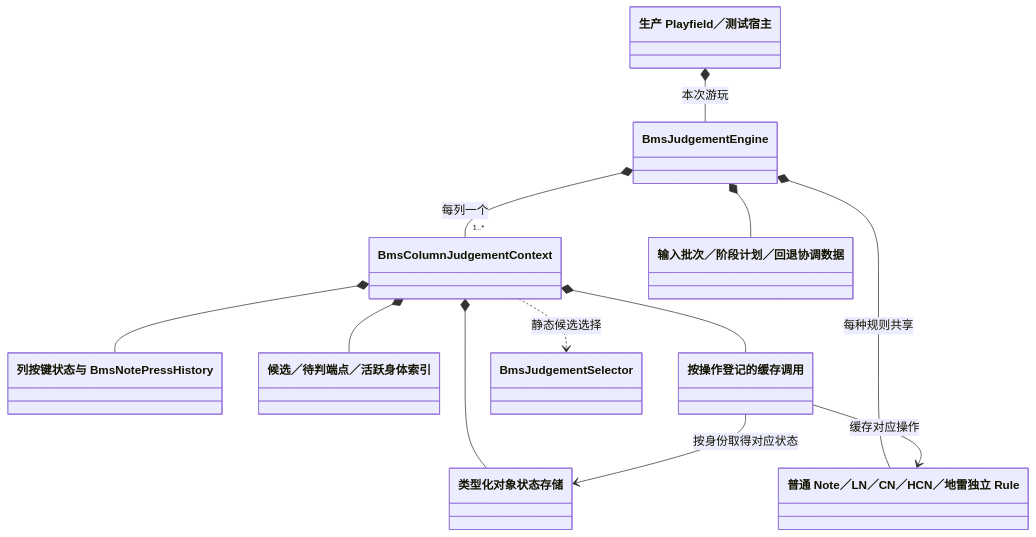
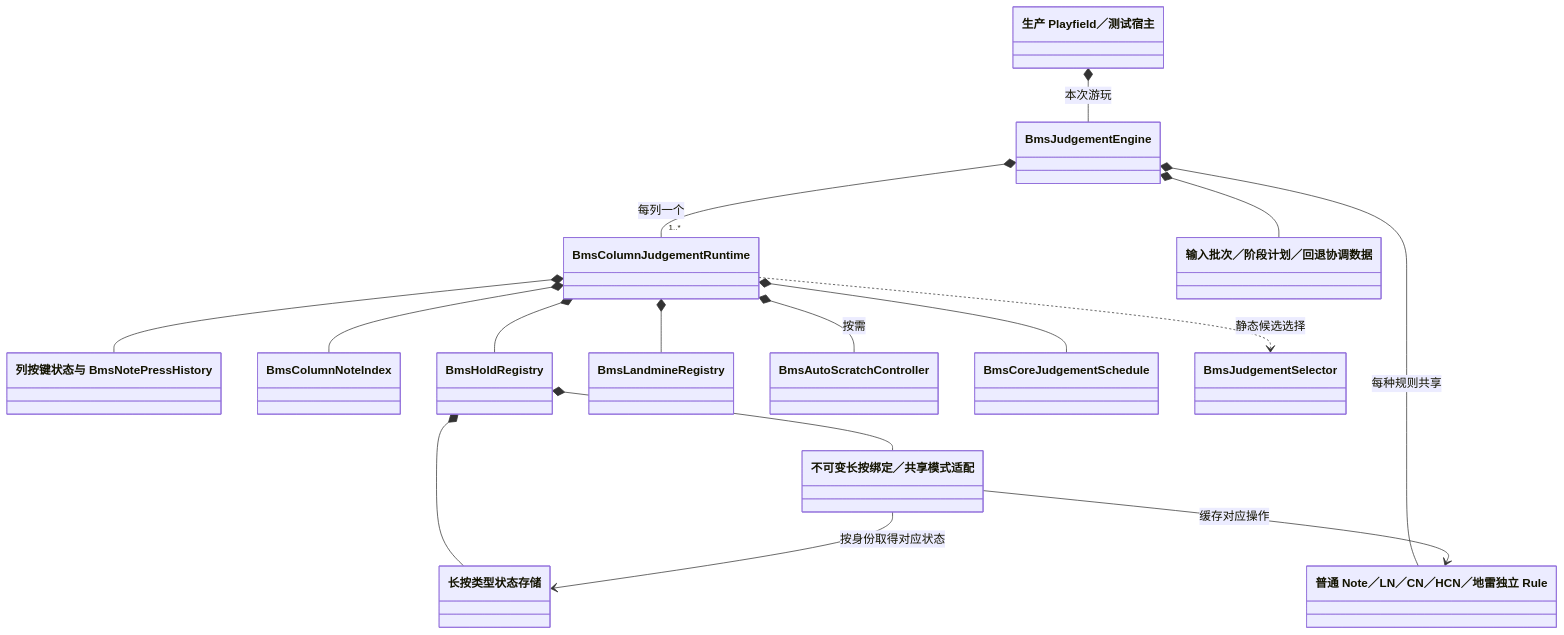
One commit to QingQiz/BmsRuleset changed the first of 5 diagrams in docs/hitobject-refactor-plan.zh-CN.md. Above: the diagram before and after it, drawn with Mermaid. The commit also changed other lines of this file and 68 other files, not shown here.

Commit message:
refactor(judgement): separate column runtime and framework boundaries

````diff
--- a/docs/hitobject-refactor-plan.zh-CN.md
+++ b/docs/hitobject-refactor-plan.zh-CN.md
@@ -176,27 +184,35 @@
 ```mermaid
 classDiagram
     direction TB
 
     class Host["生产 Playfield／测试宿主"]
     class BmsJudgementEngine
-    class BmsColumnJudgementContext
+    class BmsColumnJudgementRuntime
     class ScheduleData["输入批次／阶段计划／回退协调数据"]
     class SharedRules["普通 Note／LN／CN／HCN／地雷独立 Rule"]
     class ColumnInput["列按键状态与 BmsNotePressHistory"]
-    class ColumnIndexes["候选／待判端点／活跃身体索引"]
-    class RuntimeStore["类型化对象状态存储"]
-    class OperationBindings["按操作登记的缓存调用"]
+    class BmsColumnNoteIndex
+    class BmsHoldRegistry
+    class BmsLandmineRegistry
+    class BmsAutoScratchController
+    class BmsCoreJudgementSchedule
+    class RuntimeStore["长按类型状态存储"]
+    class OperationBindings["不可变长按绑定／共享模式适配"]
     class BmsJudgementSelector
 
     Host *-- BmsJudgementEngine : 本次游玩
-    BmsJudgementEngine *-- "1..*" BmsColumnJudgementContext : 每列一个
+    BmsJudgementEngine *-- "1..*" BmsColumnJudgementRuntime : 每列一个
     BmsJudgementEngine *-- ScheduleData
     BmsJudgementEngine *-- SharedRules : 每种规则共享
-    BmsColumnJudgementContext *-- ColumnInput
-    BmsColumnJudgementContext *-- ColumnIndexes
-    BmsColumnJudgementContext *-- RuntimeStore
-    BmsColumnJudgementContext *-- OperationBindings
-    BmsColumnJudgementContext ..> BmsJudgementSelector : 静态候选选择
+    BmsColumnJudgementRuntime *-- ColumnInput
+    BmsColumnJudgementRuntime *-- BmsColumnNoteIndex
+    BmsColumnJudgementRuntime *-- BmsHoldRegistry
+    BmsColumnJudgementRuntime *-- BmsLandmineRegistry
+    BmsColumnJudgementRuntime *-- BmsAutoScratchController : 按需
+    BmsColumnJudgementRuntime *-- BmsCoreJudgementSchedule
+    BmsHoldRegistry *-- OperationBindings
+    BmsHoldRegistry *-- RuntimeStore
+    BmsColumnJudgementRuntime ..> BmsJudgementSelector : 静态候选选择
     OperationBindings --> SharedRules : 缓存对应操作
     OperationBindings --> RuntimeStore : 按身份取得对应状态
 ```
````
